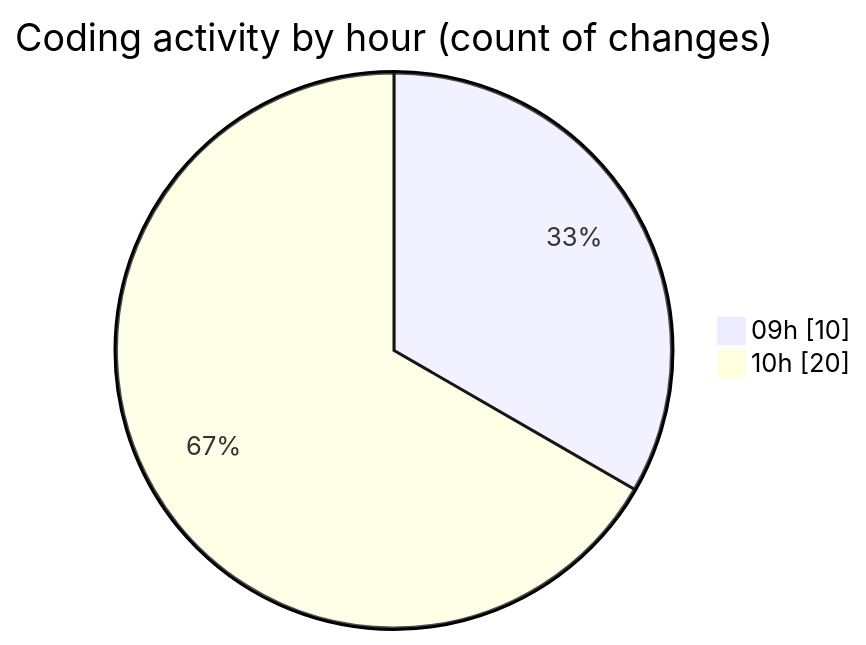
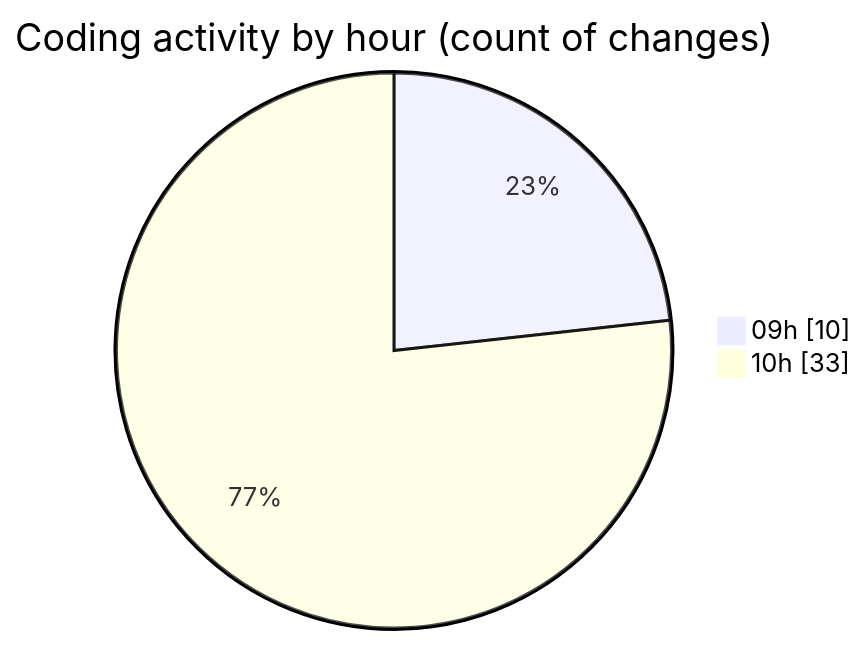
One commit to momahboobian/code-tracking changed the second of 2 diagrams in 2025-09-02/cda/README.md. Above: the diagram before and after it, drawn with Mermaid. The commit also changed other lines of this file and 1 other file, not shown here.

````diff
--- a/2025-09-02/cda/README.md
+++ b/2025-09-02/cda/README.md
@@ -32,6 +36,6 @@
 ```mermaid
 pie showData
 title Coding activity by hour (count of changes)
 "09h" : 10
-"10h" : 20
+"10h" : 33
 ```
````
